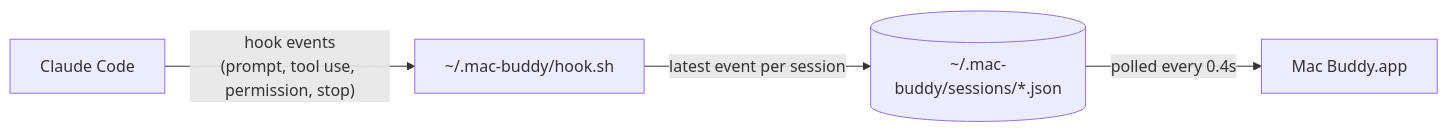
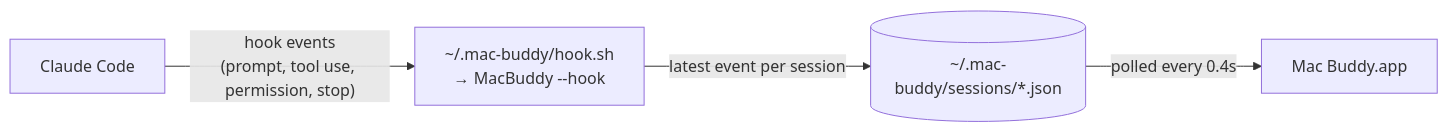
Before and after one commit to mohsin2596/mac-buddy: the diagram in README.md, drawn with Mermaid. The commit also changed other lines of this file and 12 other files, not shown here.

First line of the commit message:
Ship as a downloadable app: DMG, one-line installer, in-app Claude Code setup

````diff
--- a/README.md
+++ b/README.md
@@ -143,6 +152,6 @@
 ```mermaid
 flowchart LR
-    CC[Claude Code] -- "hook events<br/>(prompt, tool use, permission, stop)" --> H["~/.mac-buddy/hook.sh"]
+    CC[Claude Code] -- "hook events<br/>(prompt, tool use, permission, stop)" --> H["~/.mac-buddy/hook.sh<br/>→ MacBuddy --hook"]
     H -- "latest event per session" --> F[("~/.mac-buddy/sessions/*.json")]
     F -- "polled every 0.4s" --> A[Mac Buddy.app]
 ```
````
